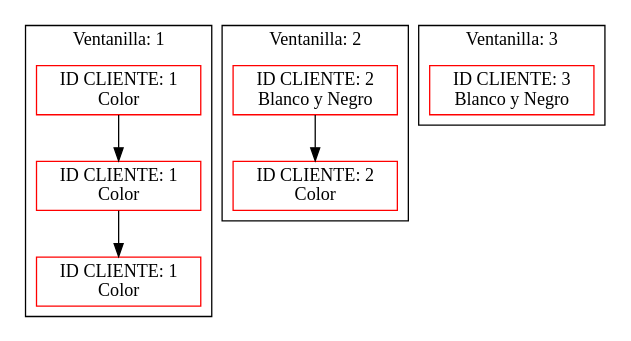
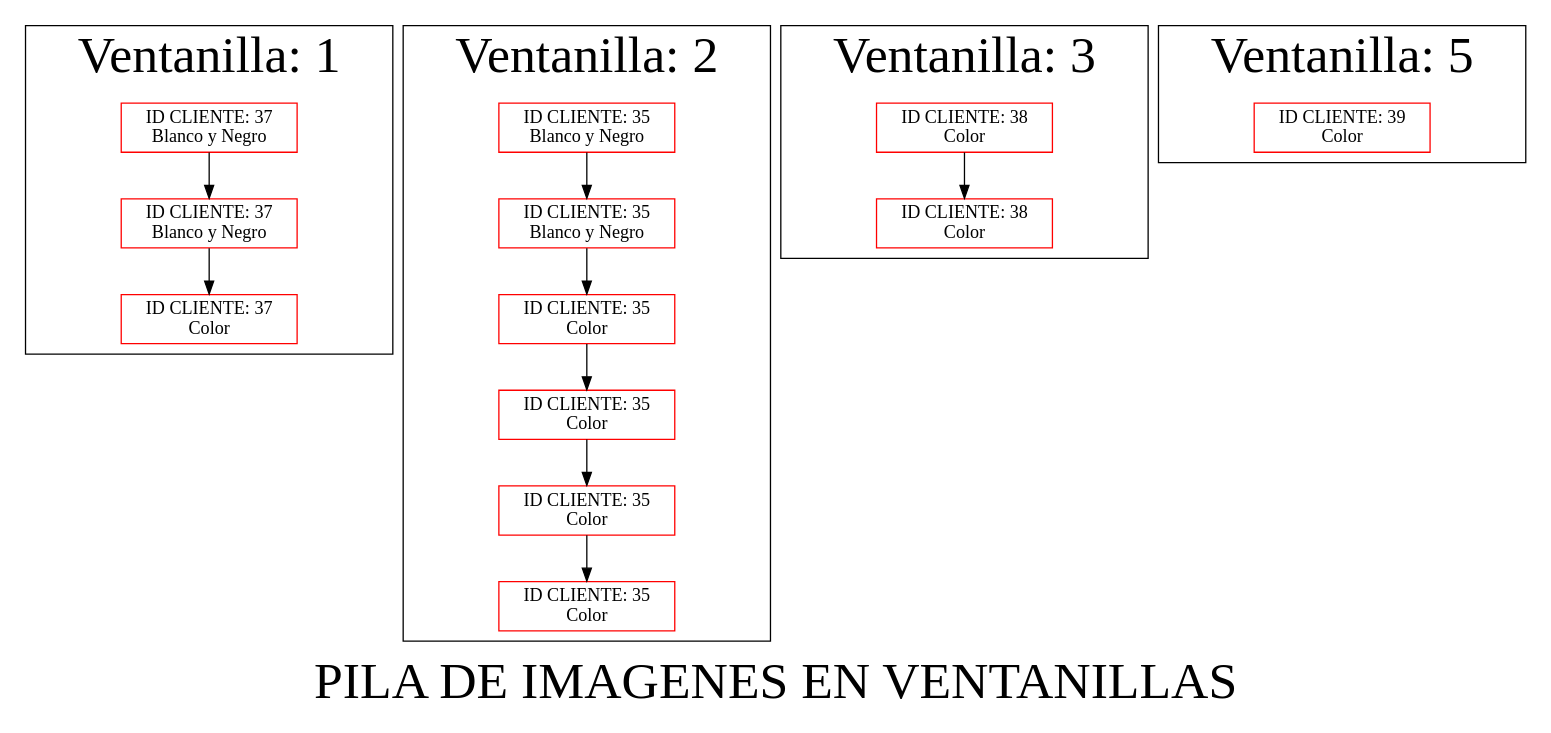
The diagram in pilaimg.dot (hugosmhd/EDD_UDRAWING_202002793), drawn with Graphviz before and after one commit. The commit also changed 28 other files, not shown here.

```diff
--- a/pilaimg.dot
+++ b/pilaimg.dot
@@ -1,24 +1,47 @@
 digraph G { 
 node[shape=box, color=red];
+label="PILA DE IMAGENES EN VENTANILLAS"
+fontsize = 40;
 subgraph cluster_1{ 
 label = " Ventanilla: 1";
-nodo621009875[label=" ID CLIENTE: 1
+nodo812265671[label=" ID CLIENTE: 37
+Blanco y Negro"]
+nodo648129364[label=" ID CLIENTE: 37
+Blanco y Negro"]
+nodo1494279232[label=" ID CLIENTE: 37
 Color"]
-nodo1265094477[label=" ID CLIENTE: 1
-Color"]
-nodo2125039532[label=" ID CLIENTE: 1
-Color"]
-nodo621009875 -> nodo1265094477;
-nodo1265094477 -> nodo2125039532;
+nodo812265671 -> nodo648129364;
+nodo648129364 -> nodo1494279232;
 }subgraph cluster_2{ 
 label = " Ventanilla: 2";
-nodo312714112[label=" ID CLIENTE: 2
+nodo193064360[label=" ID CLIENTE: 35
 Blanco y Negro"]
-nodo692404036[label=" ID CLIENTE: 2
+nodo1029991479[label=" ID CLIENTE: 35
+Blanco y Negro"]
+nodo1650967483[label=" ID CLIENTE: 35
 Color"]
-nodo312714112 -> nodo692404036;
+nodo1296064247[label=" ID CLIENTE: 35
+Color"]
+nodo1637070917[label=" ID CLIENTE: 35
+Color"]
+nodo780237624[label=" ID CLIENTE: 35
+Color"]
+nodo193064360 -> nodo1029991479;
+nodo1029991479 -> nodo1650967483;
+nodo1650967483 -> nodo1296064247;
+nodo1296064247 -> nodo1637070917;
+nodo1637070917 -> nodo780237624;
 }subgraph cluster_3{ 
 label = " Ventanilla: 3";
-nodo1554874502[label=" ID CLIENTE: 3
-Blanco y Negro"]
+nodo109961541[label=" ID CLIENTE: 38
+Color"]
+nodo1104106489[label=" ID CLIENTE: 38
+Color"]
+nodo109961541 -> nodo1104106489;
+}subgraph cluster_4{ 
+label = " Ventanilla: 4";
+}subgraph cluster_5{ 
+label = " Ventanilla: 5";
+nodo670700378[label=" ID CLIENTE: 39
+Color"]
 }} 
```
